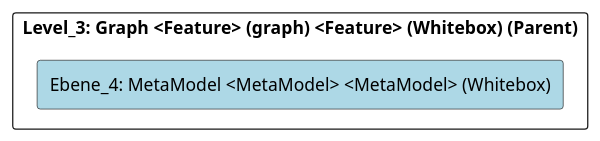
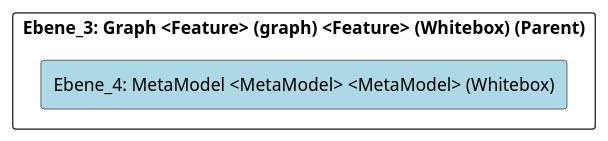
Before and after one commit to marcozwyssig/cleon: the diagram in doc/cleonproject_deliverables_architecture_model_architecture/adoc/de/05_bausteinsicht/cleon/modeling_languages/graph/metamodel/ebene_4_metamodel.adoc, drawn with PlantUML. The commit also changed other lines of this file and 620 other files, not shown here.

```diff
--- a/doc/cleonproject_deliverables_architecture_model_architecture/adoc/de/05_bausteinsicht/cleon/modeling_languages/graph/metamodel/ebene_4_metamodel.adoc
+++ b/doc/cleonproject_deliverables_architecture_model_architecture/adoc/de/05_bausteinsicht/cleon/modeling_languages/graph/metamodel/ebene_4_metamodel.adoc
@@ -20,24 +20,24 @@
 [plantuml, Ebene_4: MetaModel <MetaModel> <MetaModel> (Whitebox)BlockOverview, format="svg"]
 ----
 @startuml Ebene_4: MetaModel <MetaModel> <MetaModel> (Whitebox)BuildingBlockOverview
 
 skinparam ranksep 10
 skinparam componentStyle rectangle
 skinparam shadowing false
 skinparam arrowColor lightblue
 skinparam arrowThickness 1.2
 skinparam rectangle {
   BackgroundColor White
   BorderColor #333
   RoundCorner 10
 }
 top to bottom direction
 
-component "Level_3: Graph <Feature> (graph) <Feature> (Whitebox) (Parent)" {
+component "Ebene_3: Graph <Feature> (graph) <Feature> (Whitebox) (Parent)" {
     component "Ebene_4: MetaModel <MetaModel> <MetaModel> (Whitebox)" #lightblue {
     }
 
 }
 
 @enduml
 ----
```
